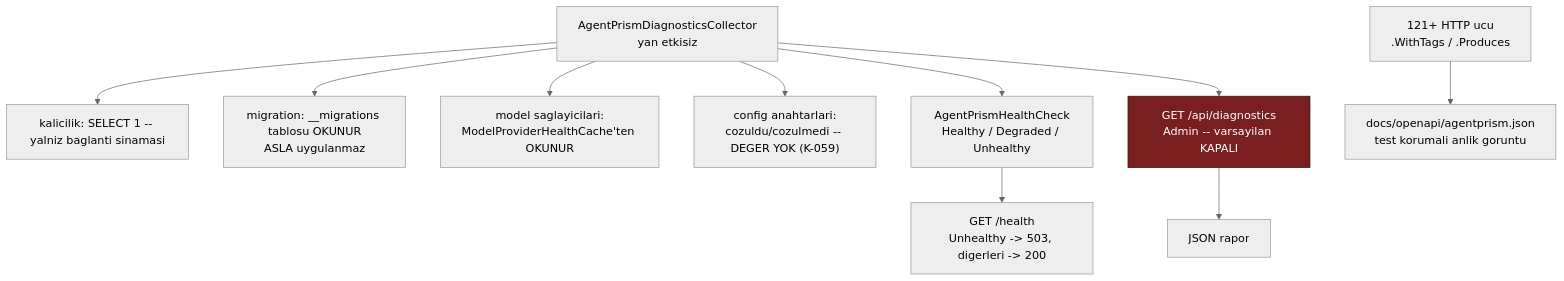
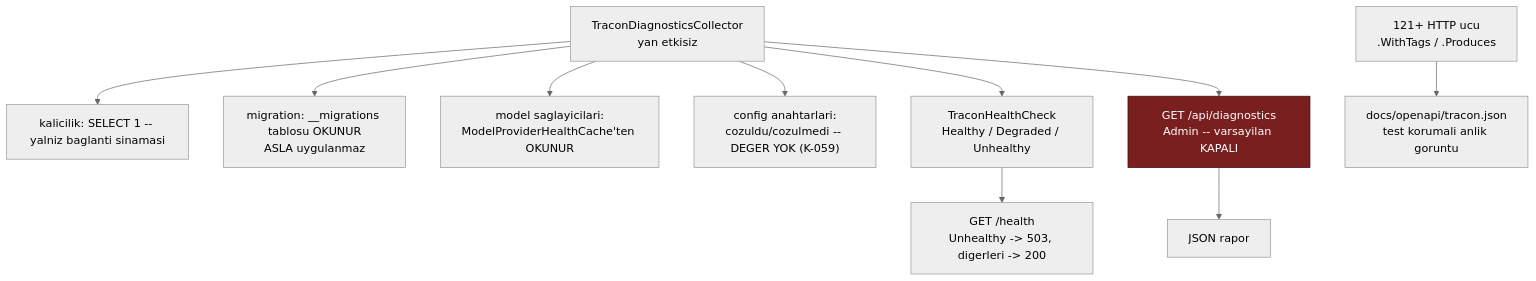
The diagram in docs/manuel-test/25-SAGLIK-TESHIS-OPENAPI.md (farukatasoy/Tracon), drawn with Mermaid (neutral theme) before and after one commit. The commit also changed other lines of this file and 4535 other files, not shown here.

````diff
--- a/docs/manuel-test/25-SAGLIK-TESHIS-OPENAPI.md
+++ b/docs/manuel-test/25-SAGLIK-TESHIS-OPENAPI.md
@@ -36,18 +36,18 @@
 ```mermaid
 flowchart TD
-    A["AgentPrismDiagnosticsCollector<br/>yan etkisiz"] --> B["kalicilik: SELECT 1 -- yalniz baglanti sinamasi"]
+    A["TraconDiagnosticsCollector<br/>yan etkisiz"] --> B["kalicilik: SELECT 1 -- yalniz baglanti sinamasi"]
     A --> C["migration: __migrations tablosu OKUNUR<br/>ASLA uygulanmaz"]
     A --> D["model saglayicilari:<br/>ModelProviderHealthCache'ten OKUNUR"]
     A --> E["config anahtarlari:<br/>cozuldu/cozulmedi -- DEGER YOK (K-059)"]
 
-    A --> F["AgentPrismHealthCheck<br/>Healthy / Degraded / Unhealthy"]
+    A --> F["TraconHealthCheck<br/>Healthy / Degraded / Unhealthy"]
     A --> G["GET /api/diagnostics<br/>Admin -- varsayilan KAPALI"]
 
     F --> H["GET /health<br/>Unhealthy -> 503, digerleri -> 200"]
     G --> I["JSON rapor"]
 
-    J["121+ HTTP ucu<br/>.WithTags / .Produces"] --> K["docs/openapi/agentprism.json<br/>test korumali anlik goruntu"]
+    J["121+ HTTP ucu<br/>.WithTags / .Produces"] --> K["docs/openapi/tracon.json<br/>test korumali anlik goruntu"]
 
     classDef red fill:#7a1f1f,stroke:#3d0f0f,color:#ffffff
     class G red
 ```
````
